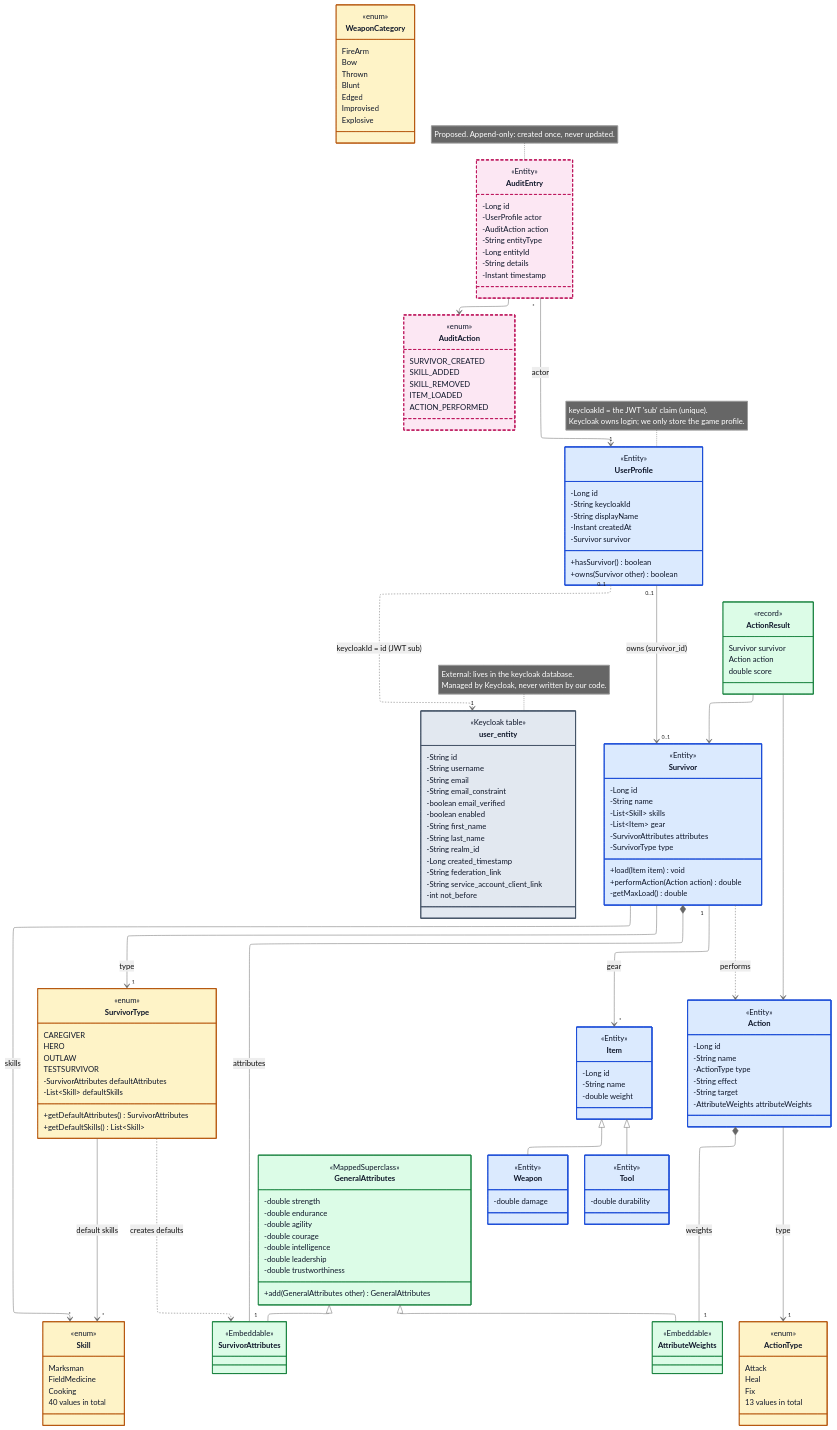
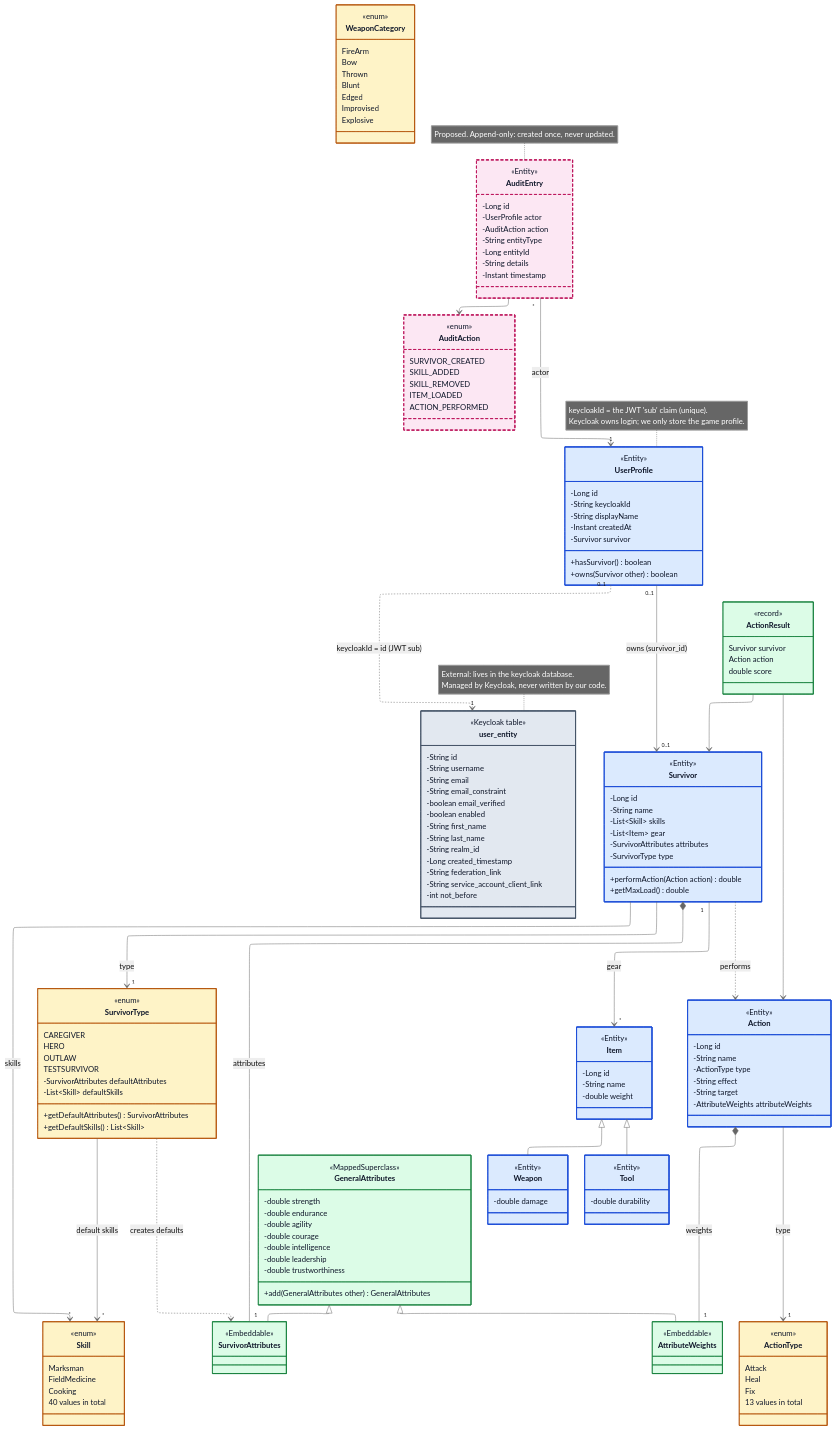
One commit to deanvons/ZombieApocolypseJavaEdition changed the diagram in shared docs/class-diagram.md. Above: the diagram before and after it, drawn with Mermaid. The commit also changed 5 other files, not shown here.

Commit message:
UPDATE: Removed load function in Survivor. Survivor service chains calls to load. Updated class diagram. Removed unused getReferenceById stubs in tests. Removed unused import in Survivor.

```diff
--- a/shared docs/class-diagram.md
+++ b/shared docs/class-diagram.md
@@ -74,9 +74,8 @@
         -List~Item~ gear
         -SurvivorAttributes attributes
         -SurvivorType type
-        +load(Item item) void
         +performAction(Action action) double
-        -getMaxLoad() double
+        +getMaxLoad() double
     }
 
     class SurvivorType {
```
